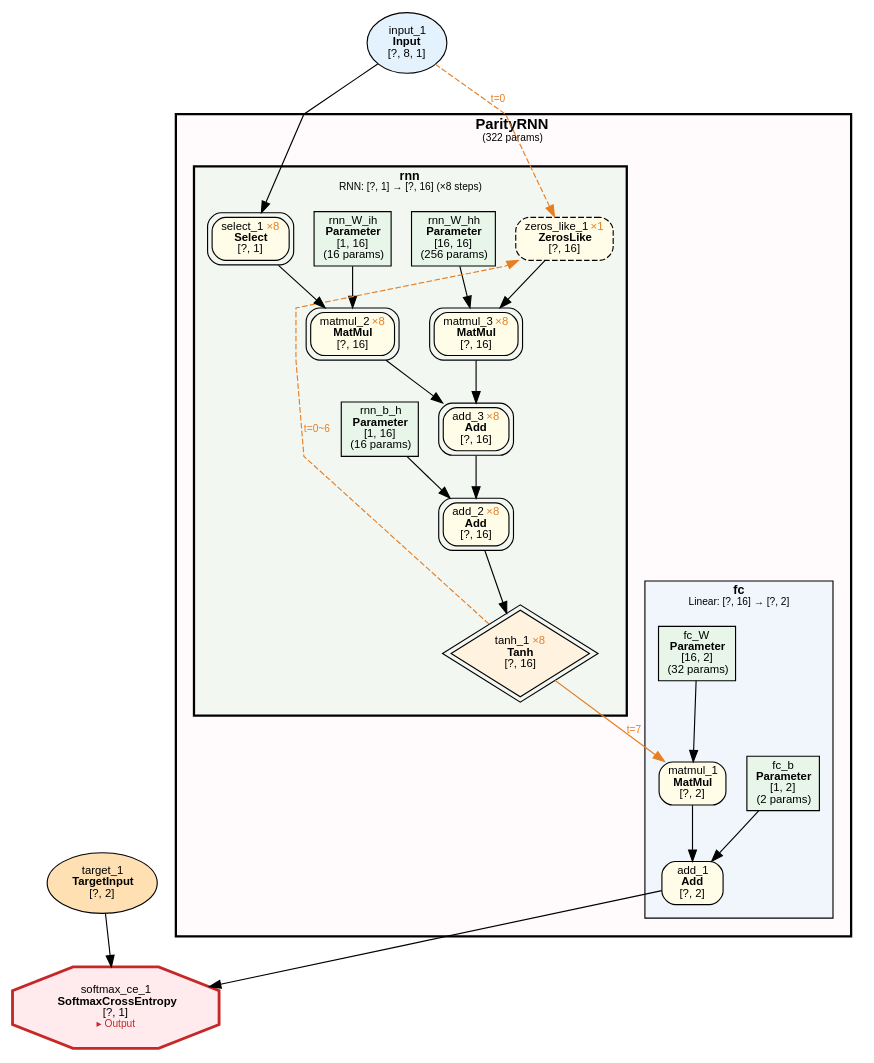
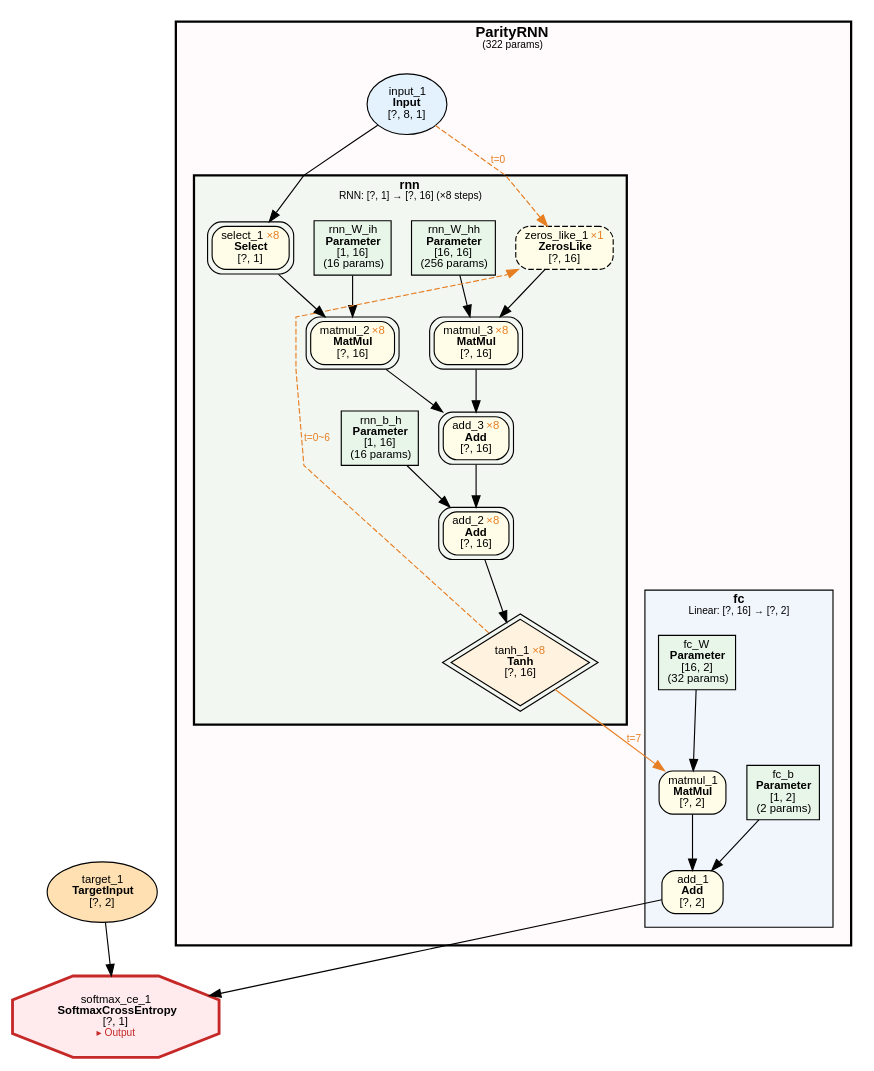
The diagram in examples/parity_rnn_fixed_len/parity_rnn_fixed_len.dot (dbsxdbsx/only_torch), drawn with Graphviz before and after one commit. The commit also changed 3 other files, not shown here.

```diff
--- a/examples/parity_rnn_fixed_len/parity_rnn_fixed_len.dot
+++ b/examples/parity_rnn_fixed_len/parity_rnn_fixed_len.dot
@@ -1,74 +1,74 @@
 digraph ComputeGraph {
     rankdir=TB;
     newrank=true;
     splines=polyline;
     node [fontname="Microsoft YaHei,SimHei,Arial"];
     edge [fontname="Microsoft YaHei,SimHei,Arial"];
 
     subgraph cluster_model_ParityRNN {
         label=<<B>ParityRNN</B><BR/><FONT POINT-SIZE="9">(322 params)</FONT>>;
         style="filled,bold";
         fillcolor="#FFEBEE40";
         fontname="Microsoft YaHei,SimHei,Arial";
         fontsize=13;
         margin=16;
 
         subgraph cluster_ParityRNN_fc {
             label=<<B>fc</B><BR/><FONT POINT-SIZE="9">Linear: [?, 16] → [?, 2]</FONT>>;
             style=filled;
             fillcolor="#E3F2FD80";
             fontname="Microsoft YaHei,SimHei,Arial";
             fontsize=11;
             margin=12;
                 "2" [label=<add_1<BR/><B>Add</B><BR/>[?, 2]> shape=box style="filled,rounded" fillcolor="#FFFDE7" fontsize=10];
                 "4" [label=<matmul_1<BR/><B>MatMul</B><BR/>[?, 2]> shape=box style="filled,rounded" fillcolor="#FFFDE7" fontsize=10];
                 "5" [label=<fc_b<BR/><B>Parameter</B><BR/>[1, 2]<BR/>(2 params)> shape=box style=filled fillcolor="#E8F5E9" fontsize=10];
                 "6" [label=<fc_W<BR/><B>Parameter</B><BR/>[16, 2]<BR/>(32 params)> shape=box style=filled fillcolor="#E8F5E9" fontsize=10];
         }
 
         subgraph cluster_ParityRNN_rnn {
             label=<<B>rnn</B><BR/><FONT POINT-SIZE="9">RNN: [?, 1] → [?, 16] (×8 steps)</FONT>>;
             style="filled,bold";
             peripheries=3;
             penwidth=2;
             fillcolor="#E8F5E980";
             fontname="Microsoft YaHei,SimHei,Arial";
             fontsize=11;
             margin=12;
                 "7" [label=<rnn_b_h<BR/><B>Parameter</B><BR/>[1, 16]<BR/>(16 params)> shape=box style=filled fillcolor="#E8F5E9" fontsize=10];
                 "8" [label=<rnn_W_ih<BR/><B>Parameter</B><BR/>[1, 16]<BR/>(16 params)> shape=box style=filled fillcolor="#E8F5E9" fontsize=10];
                 "9" [label=<rnn_W_hh<BR/><B>Parameter</B><BR/>[16, 16]<BR/>(256 params)> shape=box style=filled fillcolor="#E8F5E9" fontsize=10];
                 "11" [label=<tanh_1 <FONT COLOR="#E67E22">×8</FONT><BR/><B>Tanh</B><BR/>[?, 16]> shape=diamond style=filled fillcolor="#FFF3E0" fontsize=10 peripheries=2];
                 "12" [label=<add_2 <FONT COLOR="#E67E22">×8</FONT><BR/><B>Add</B><BR/>[?, 16]> shape=box style="filled,rounded" fillcolor="#FFFDE7" fontsize=10 peripheries=2];
                 "13" [label=<add_3 <FONT COLOR="#E67E22">×8</FONT><BR/><B>Add</B><BR/>[?, 16]> shape=box style="filled,rounded" fillcolor="#FFFDE7" fontsize=10 peripheries=2];
                 "14" [label=<matmul_2 <FONT COLOR="#E67E22">×8</FONT><BR/><B>MatMul</B><BR/>[?, 16]> shape=box style="filled,rounded" fillcolor="#FFFDE7" fontsize=10 peripheries=2];
                 "15" [label=<matmul_3 <FONT COLOR="#E67E22">×8</FONT><BR/><B>MatMul</B><BR/>[?, 16]> shape=box style="filled,rounded" fillcolor="#FFFDE7" fontsize=10 peripheries=2];
                 "16" [label=<select_1 <FONT COLOR="#E67E22">×8</FONT><BR/><B>Select</B><BR/>[?, 1]> shape=box style="filled,rounded" fillcolor="#FFFDE7" fontsize=10 peripheries=2];
                 "17" [label=<zeros_like_1 <FONT COLOR="#E67E22">×1</FONT><BR/><B>ZerosLike</B><BR/>[?, 16]> shape=box style="filled,rounded,dashed" fillcolor="#FFFDE7" fontsize=10];
         }
 
+        "10" [label=<input_1<BR/><B>Input</B><BR/>[?, 8, 1]> shape=ellipse style=filled fillcolor="#E3F2FD" fontsize=10];
     }
 
     "1" [label=<softmax_ce_1<BR/><B>SoftmaxCrossEntropy</B><BR/>[?, 1]<BR/><FONT COLOR="#C62828" POINT-SIZE="9">▸ Output</FONT>> shape=octagon style=filled fillcolor="#FFEBEE" fontsize=10 penwidth=2.5 color="#C62828"];
     "3" [label=<target_1<BR/><B>TargetInput</B><BR/>[?, 2]> shape=ellipse style=filled fillcolor="#FFE0B2" fontsize=10];
-    "10" [label=<input_1<BR/><B>Input</B><BR/>[?, 8, 1]> shape=ellipse style=filled fillcolor="#E3F2FD" fontsize=10];
 
     "2" -> "1";
     "3" -> "1";
     "4" -> "2";
     "5" -> "2";
     "11" -> "4" [ color="#E67E22" label=<t=7> fontcolor="#E67E22" fontsize=9];
     "6" -> "4";
     "12" -> "11";
     "13" -> "12";
     "7" -> "12";
     "14" -> "13";
     "15" -> "13";
     "16" -> "14";
     "8" -> "14";
     "17" -> "15";
     "9" -> "15";
     "10" -> "16";
     "10" -> "17" [ style=dashed color="#E67E22" label=<t=0> fontcolor="#E67E22" fontsize=9];
     "11" -> "17" [style=dashed color="#E67E22" label=<t=0~6> fontcolor="#E67E22" fontsize=9 constraint=false];
 }
```
